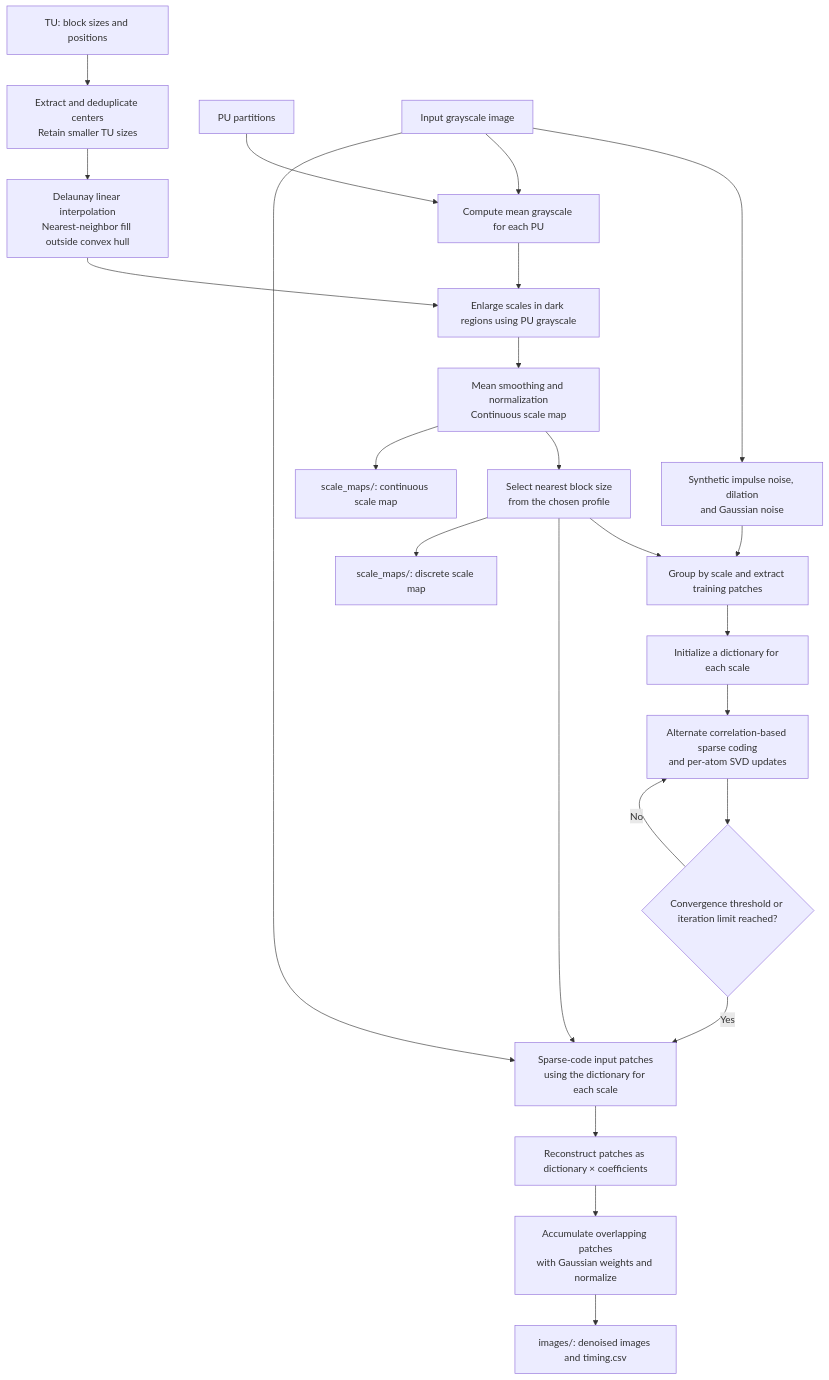
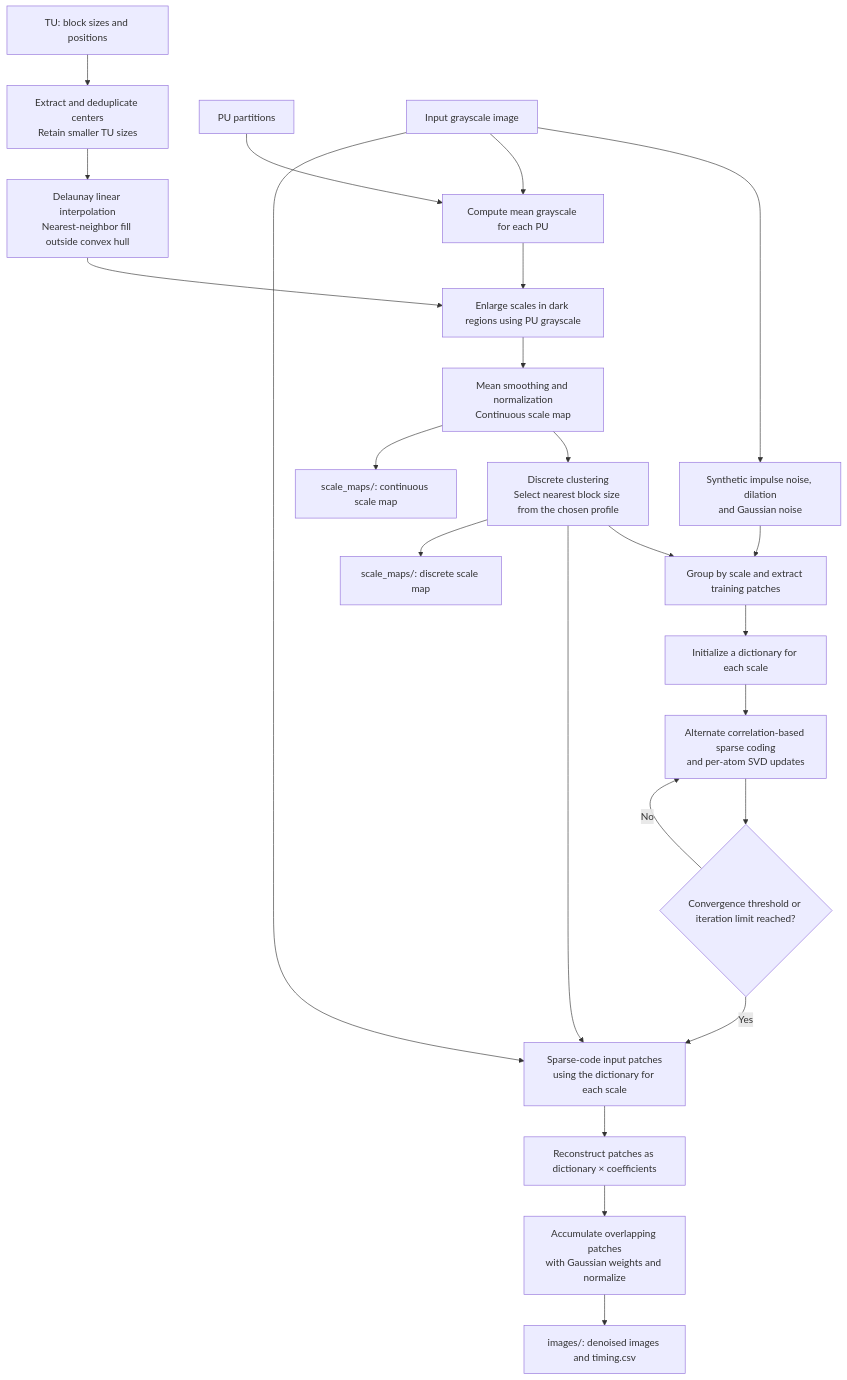
Before and after one commit to LumaVistaLab/hevc-ksvd-mamba-for-ultrasound: the fourth of 7 diagrams in README.md, drawn with Mermaid. The commit also changed other lines of this file and 2 other files, not shown here.

````diff
--- a/README.md
+++ b/README.md
@@ -312,26 +312,26 @@
 ```mermaid
 flowchart TD
     TU["TU: block sizes and positions"] --> Centers["Extract and deduplicate centers<br/>Retain smaller TU sizes"]
     Centers --> Interpolation["Delaunay linear interpolation<br/>Nearest-neighbor fill outside convex hull"]
     PU["PU partitions"] --> Brightness["Compute mean grayscale for each PU"]
     Interpolation --> Zoom["Enlarge scales in dark regions using PU grayscale"]
     Brightness --> Zoom
     Zoom --> Smooth["Mean smoothing and normalization<br/>Continuous scale map"]
-    Smooth --> Discrete["Select nearest block size<br/>from the chosen profile"]
+    Smooth --> Discrete["Discrete clustering<br/>Select nearest block size from the chosen profile"]
     Discrete --> TrainingPatches["Group by scale and extract training patches"]
     Image["Input grayscale image"] --> Noise["Synthetic impulse noise, dilation<br/>and Gaussian noise"]
     Image --> Brightness
     Noise --> TrainingPatches
     TrainingPatches --> Dictionary["Initialize a dictionary for each scale"]
     Dictionary --> Learn["Alternate correlation-based sparse coding<br/>and per-atom SVD updates"]
     Learn --> Stop{"Convergence threshold or iteration limit reached?"}
     Stop -->|No| Learn
     Stop -->|Yes| Encode["Sparse-code input patches<br/>using the dictionary for each scale"]
     Image --> Encode
     Discrete --> Encode
     Encode --> Reconstruct["Reconstruct patches as dictionary × coefficients"]
     Reconstruct --> Fusion["Accumulate overlapping patches<br/>with Gaussian weights and normalize"]
     Fusion --> Output["images/: denoised images and timing.csv"]
     Smooth --> Continuous["scale_maps/: continuous scale map"]
     Discrete --> DiscreteOutput["scale_maps/: discrete scale map"]
 ```
````
